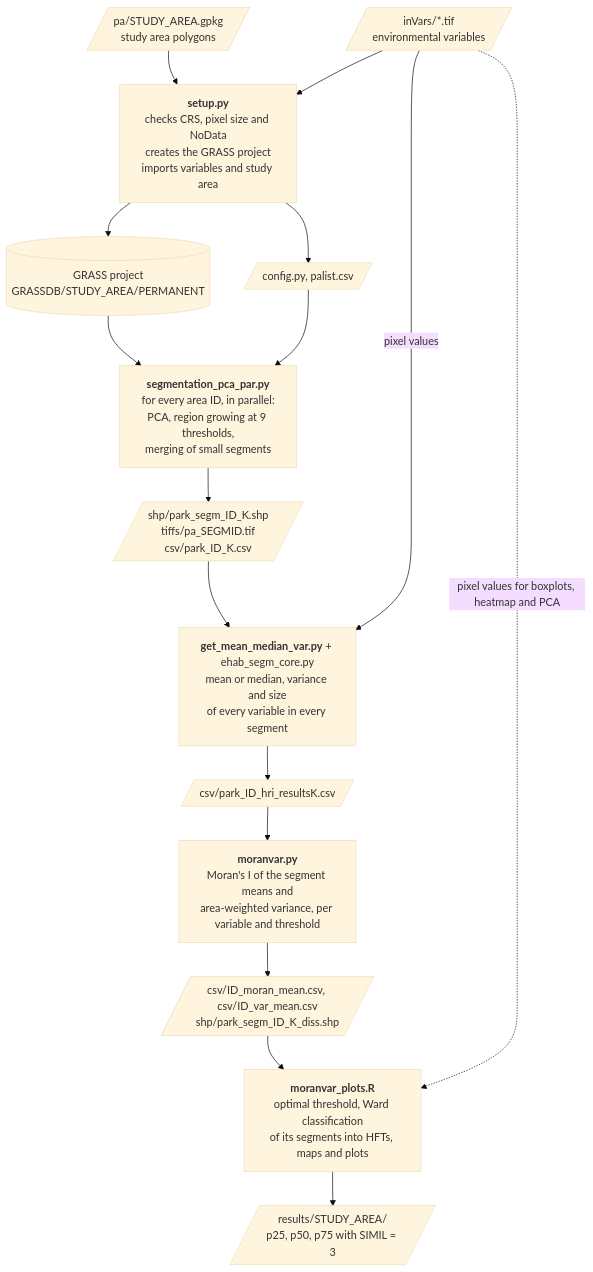
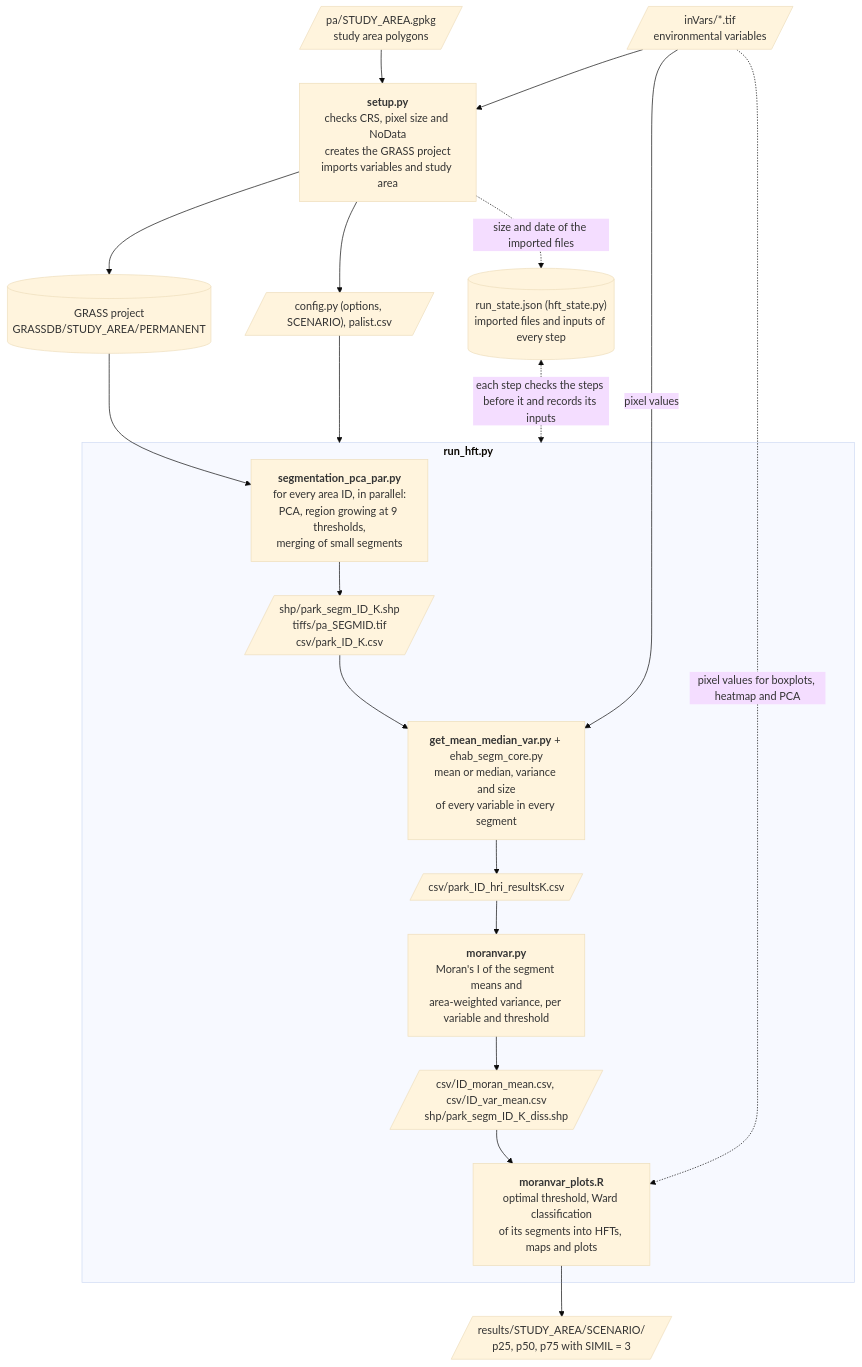
Before and after one commit to javimarlop/eHabpy: the first of 2 diagrams in README.md, drawn with Mermaid (base theme). The commit also changed other lines of this file, not shown here.

Commit message:
Show run_hft.py and run_state.json in the workflow diagram
The steps are drawn inside run_hft.py, with the run record they check and
update, and the results go to results/STUDY_AREA/SCENARIO.

````diff
--- a/README.md
+++ b/README.md
@@ -1062,27 +1062,32 @@
 ```mermaid
 flowchart TD
     IN1[/"inVars/*.tif<br>environmental variables"/]
     IN2[/"pa/STUDY_AREA.gpkg<br>study area polygons"/]
     SETUP["<b>setup.py</b><br>checks CRS, pixel size and NoData<br>creates the GRASS project<br>imports variables and study area"]
     GDB[("GRASS project<br>GRASSDB/STUDY_AREA/PERMANENT")]
-    CFG[/"config.py, palist.csv"/]
-    SEG["<b>segmentation_pca_par.py</b><br>for every area ID, in parallel:<br>PCA, region growing at 9 thresholds,<br>merging of small segments"]
-    SEGOUT[/"shp/park_segm_ID_K.shp<br>tiffs/pa_SEGMID.tif<br>csv/park_ID_K.csv"/]
-    STAT["<b>get_mean_median_var.py</b> + ehab_segm_core.py<br>mean or median, variance and size<br>of every variable in every segment"]
-    HRI[/"csv/park_ID_hri_resultsK.csv"/]
-    MOR["<b>moranvar.py</b><br>Moran's I of the segment means and<br>area-weighted variance, per variable and threshold"]
-    MOROUT[/"csv/ID_moran_mean.csv, csv/ID_var_mean.csv<br>shp/park_segm_ID_K_diss.shp"/]
-    RPLOT["<b>moranvar_plots.R</b><br>optimal threshold, Ward classification<br>of its segments into HFTs, maps and plots"]
-    RES[/"results/STUDY_AREA/<br>p25, p50, p75 with SIMIL = 3"/]
+    CFG[/"config.py (options, SCENARIO), palist.csv"/]
+    STATE[("run_state.json (hft_state.py)<br>imported files and inputs of every step")]
+    subgraph RUN ["<b>run_hft.py</b>"]
+        SEG["<b>segmentation_pca_par.py</b><br>for every area ID, in parallel:<br>PCA, region growing at 9 thresholds,<br>merging of small segments"]
+        SEGOUT[/"shp/park_segm_ID_K.shp<br>tiffs/pa_SEGMID.tif<br>csv/park_ID_K.csv"/]
+        STAT["<b>get_mean_median_var.py</b> + ehab_segm_core.py<br>mean or median, variance and size<br>of every variable in every segment"]
+        HRI[/"csv/park_ID_hri_resultsK.csv"/]
+        MOR["<b>moranvar.py</b><br>Moran's I of the segment means and<br>area-weighted variance, per variable and threshold"]
+        MOROUT[/"csv/ID_moran_mean.csv, csv/ID_var_mean.csv<br>shp/park_segm_ID_K_diss.shp"/]
+        RPLOT["<b>moranvar_plots.R</b><br>optimal threshold, Ward classification<br>of its segments into HFTs, maps and plots"]
+        SEG --> SEGOUT --> STAT --> HRI --> MOR --> MOROUT --> RPLOT
+    end
+    RES[/"results/STUDY_AREA/SCENARIO/<br>p25, p50, p75 with SIMIL = 3"/]
 
     IN1 --> SETUP
     IN2 --> SETUP
     SETUP --> GDB
     SETUP --> CFG
+    SETUP -. "size and date of the imported files" .-> STATE
     GDB --> SEG
-    CFG --> SEG
-    SEG --> SEGOUT --> STAT
+    CFG --> RUN
+    STATE <-. "each step checks the steps before it and records its inputs" .-> RUN
     IN1 -- pixel values --> STAT
-    STAT --> HRI --> MOR --> MOROUT --> RPLOT --> RES
     IN1 -. pixel values for boxplots, heatmap and PCA .-> RPLOT
+    RPLOT --> RES
 ```
````
